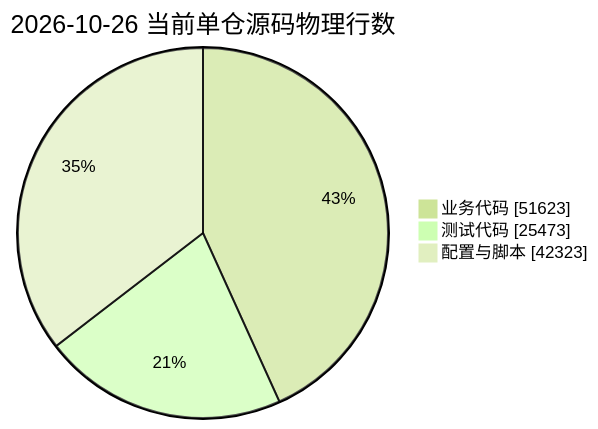
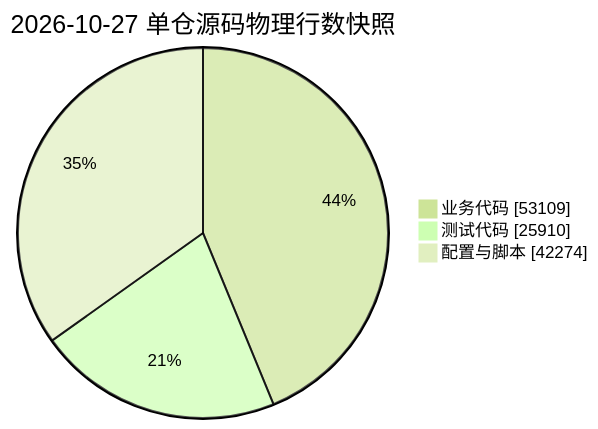
Before and after one commit to JobsKits/MacOS_Extension: the third of 3 diagrams in README.md, drawn with Mermaid (forest theme). The commit also changed other lines of this file and 406 other files, not shown here.

````diff
--- a/README.md
+++ b/README.md
@@ -503,7 +537,7 @@
 ```mermaid
 pie showData
-    title 2026-10-26 当前单仓源码物理行数
-    "业务代码" : 51623
-    "测试代码" : 25473
-    "配置与脚本" : 42323
+    title 2026-10-27 单仓源码物理行数快照
+    "业务代码" : 53109
+    "测试代码" : 25910
+    "配置与脚本" : 42274
 ```
````
